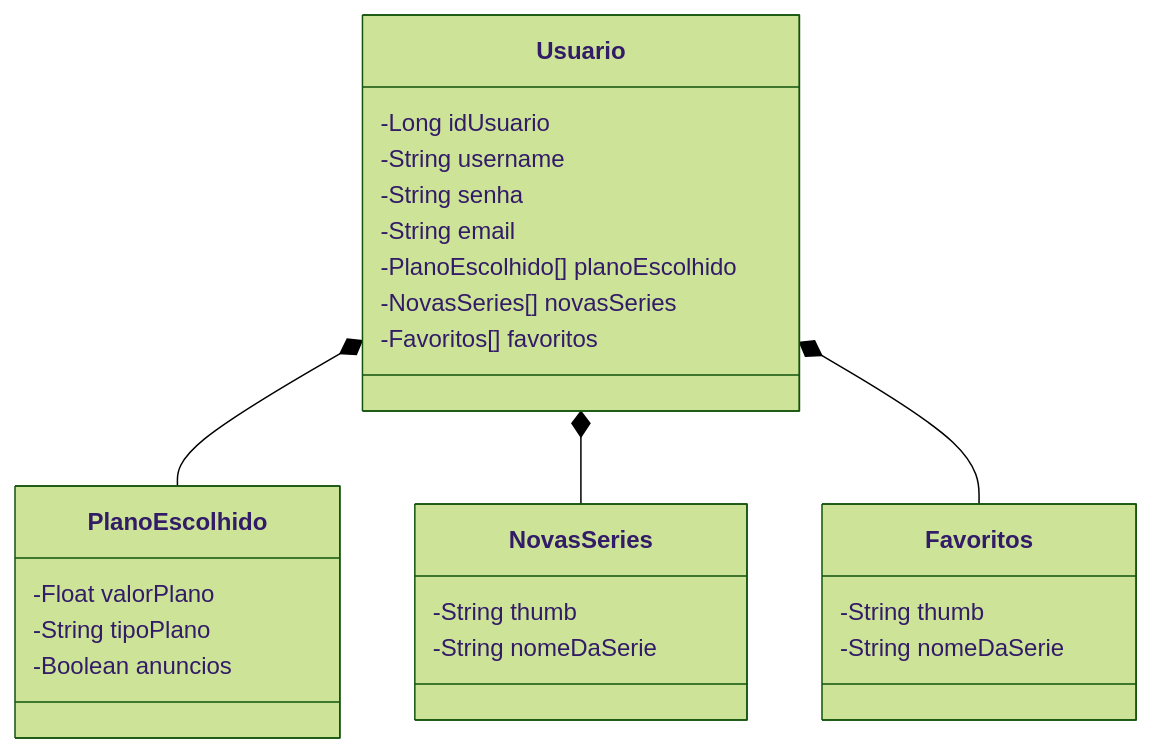
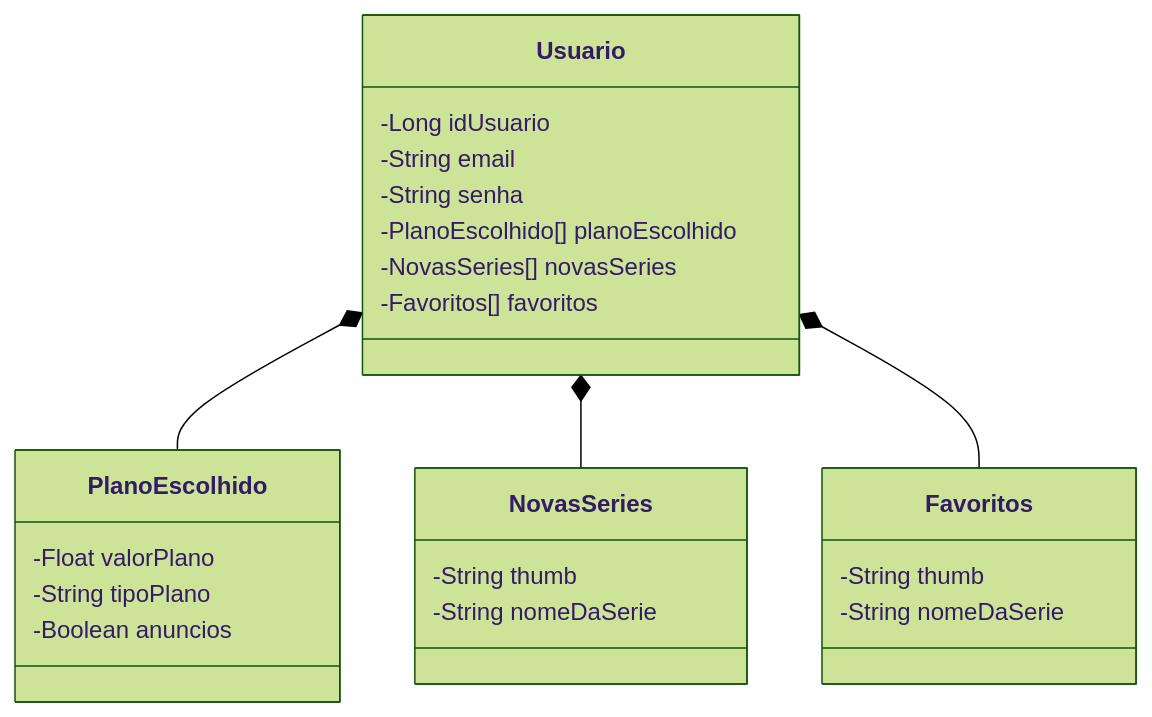
Before and after one commit to dev-lfelipe/bootcamp-santander-java: the diagram in desafio2/README.md, drawn with Mermaid (forest theme).

````diff
--- a/desafio2/README.md
+++ b/desafio2/README.md
@@ -5,32 +5,31 @@
 ``` mermaid
 classDiagram
   class Usuario {
     -Long idUsuario
-    -String username
+    -String email
     -String senha
-    -String email
     -PlanoEscolhido[] planoEscolhido
     -NovasSeries[] novasSeries
     -Favoritos[] favoritos
   }
 
   class PlanoEscolhido {
     -Float valorPlano
     -String tipoPlano
     -Boolean anuncios
   }
 
   class NovasSeries {
     -String thumb
     -String nomeDaSerie
   }
 
   class Favoritos {
     -String thumb
     -String nomeDaSerie
   }
 
   Usuario *-- PlanoEscolhido
   Usuario *-- NovasSeries
   Usuario *-- Favoritos
 ```
````
